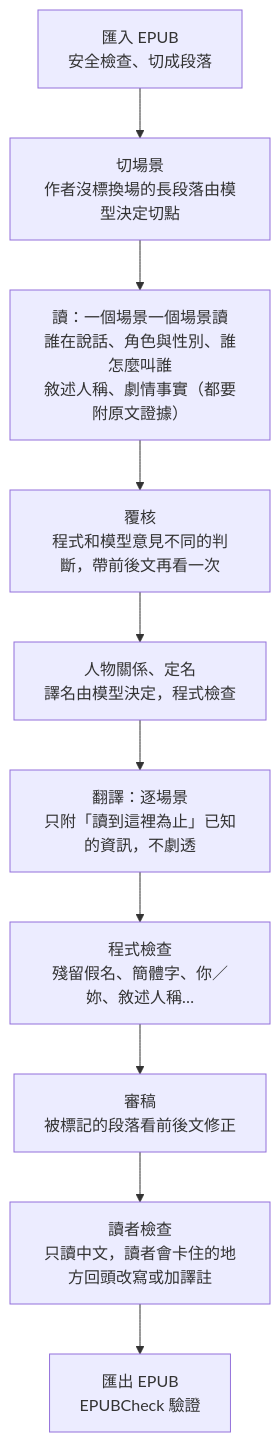
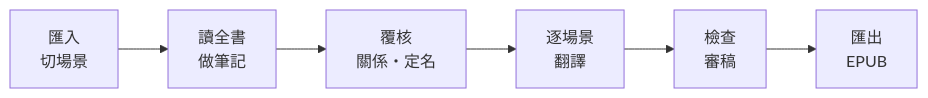
Before and after one commit to JasChiang/ncte: the diagram in README.md, drawn with Mermaid. The commit also changed other lines of this file and 12 other files, not shown here.

First line of the commit message:
Group members noted while reading (with the words that show it; re-reading replaces them), shown on the group card for later scenes; member pairs get the paragraphs naming the group with the other person; README flowchart shortened to six steps with a numbered list (ADR-046)

````diff
--- a/README.md
+++ b/README.md
@@ -8,12 +8,5 @@
 ```mermaid
-flowchart TD
-  A["匯入 EPUB<br/>安全檢查、切成段落"] --> B["切場景<br/>作者沒標換場的長段落由模型決定切點"]
-  B --> C["讀：一個場景一個場景讀<br/>誰在說話、角色與性別、誰怎麼叫誰<br/>敘述人稱、劇情事實（都要附原文證據）"]
-  C --> D["覆核<br/>程式和模型意見不同的判斷，帶前後文再看一次"]
-  D --> E["人物關係、定名<br/>譯名由模型決定，程式檢查"]
-  E --> F["翻譯：逐場景<br/>只附「讀到這裡為止」已知的資訊，不劇透"]
-  F --> G["程式檢查<br/>殘留假名、簡體字、你／妳、敘述人稱…"]
-  G --> H["審稿<br/>被標記的段落看前後文修正"]
-  H --> I["讀者檢查<br/>只讀中文，讀者會卡住的地方回頭改寫或加譯註"]
-  I --> J["匯出 EPUB<br/>EPUBCheck 驗證"]
+flowchart LR
+  A["匯入<br/>切場景"] --> B["讀全書<br/>做筆記"] --> C["覆核<br/>關係・定名"]
+  C --> D["逐場景<br/>翻譯"] --> E["檢查<br/>審稿"] --> F["匯出<br/>EPUB"]
 ```
````
